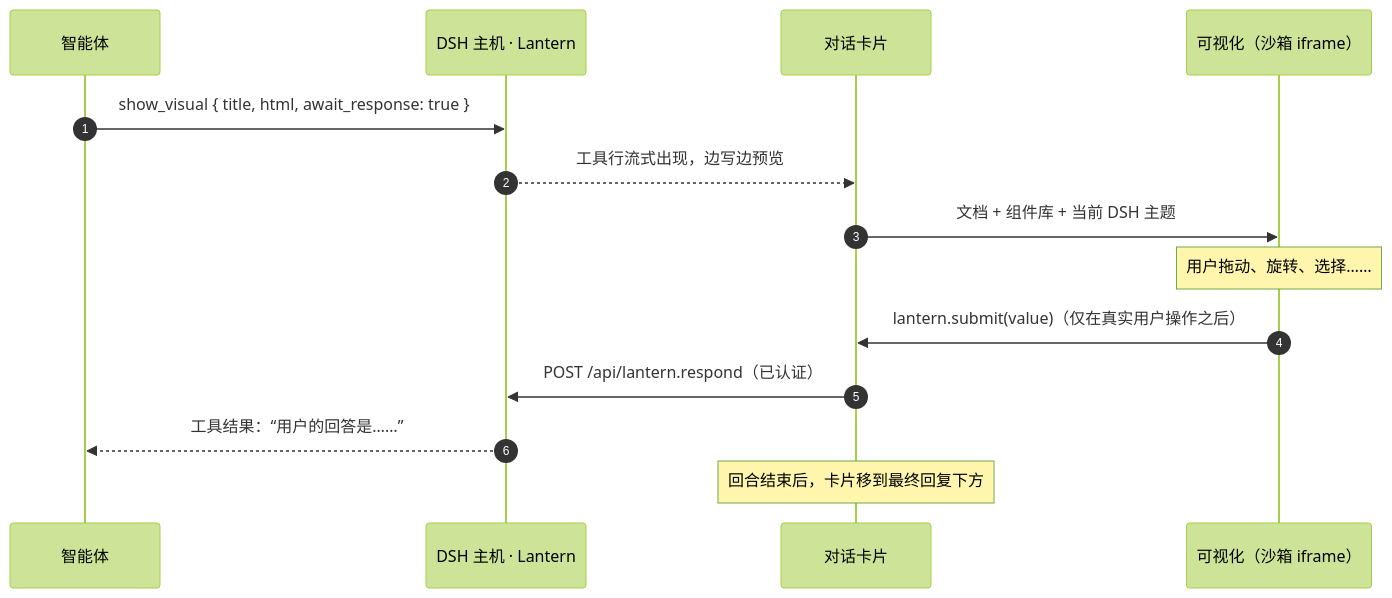
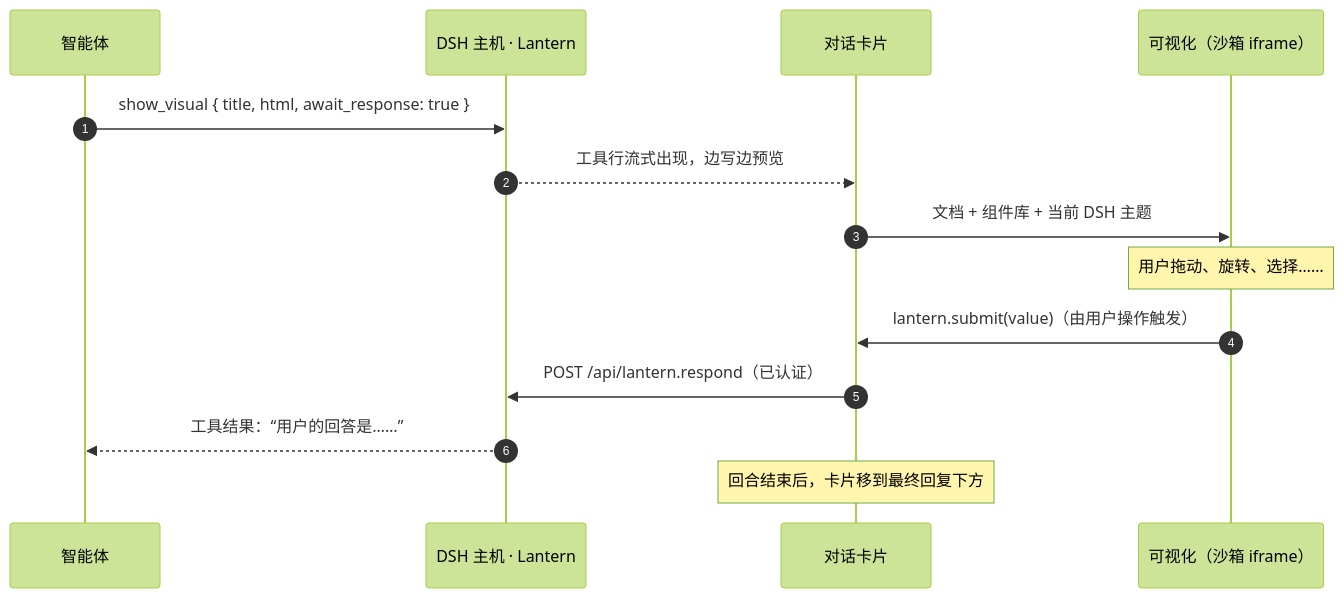
One commit to Aero123421/dsh-lantern changed the diagram in docs/readme/zh.md. Above: the diagram before and after it, drawn with Mermaid (forest theme). The commit also changed other lines of this file and 46 other files, not shown here.

````diff
--- a/docs/readme/zh.md
+++ b/docs/readme/zh.md
@@ -69,16 +77,16 @@
 ```mermaid
 sequenceDiagram
     autonumber
     participant A as 智能体
     participant H as DSH 主机 · Lantern
     participant C as 对话卡片
     participant V as 可视化（沙箱 iframe）
     A->>H: show_visual { title, html, await_response: true }
     H-->>C: 工具行流式出现，边写边预览
     C->>V: 文档 + 组件库 + 当前 DSH 主题
     Note over V: 用户拖动、旋转、选择……
-    V->>C: lantern.submit(value)（仅在真实用户操作之后）
+    V->>C: lantern.submit(value)（由用户操作触发）
     C->>H: POST /api/lantern.respond（已认证）
     H-->>A: 工具结果：“用户的回答是……”
     Note over C: 回合结束后，卡片移到最终回复下方
 ```
````
